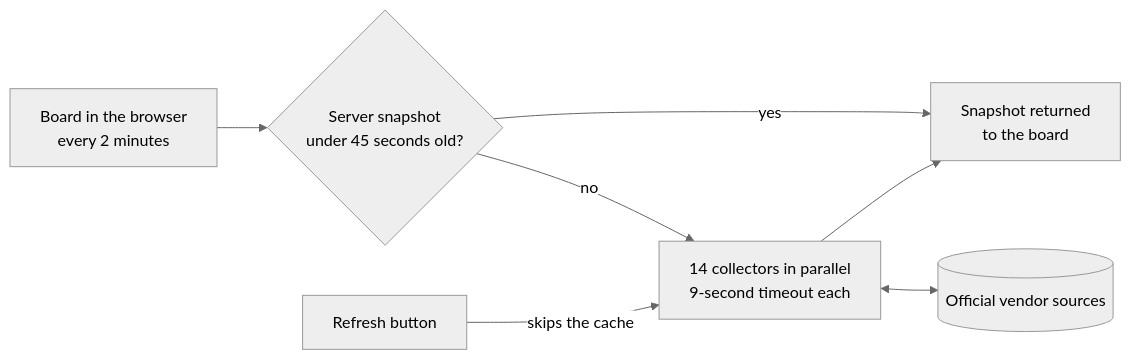
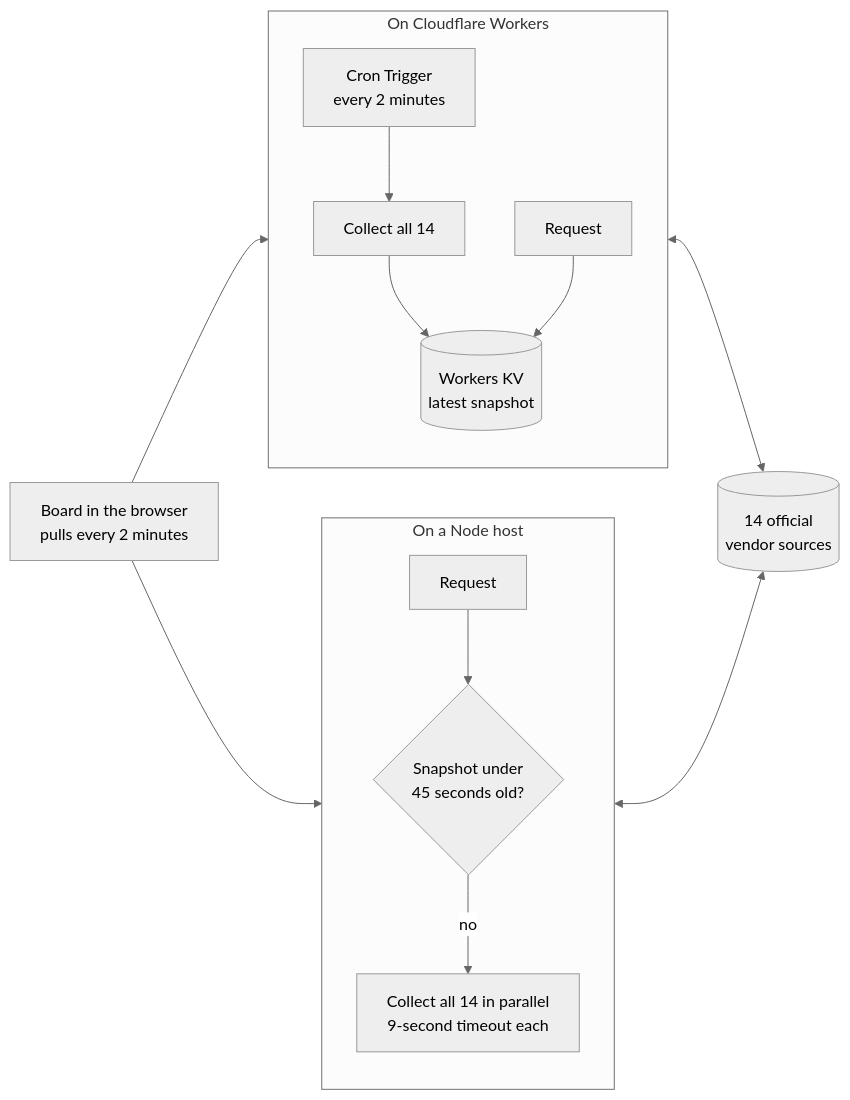
One commit to greenblacked/status-page changed the diagram in README.md. Above: the diagram before and after it, drawn with Mermaid (neutral theme). The commit also changed other lines of this file, not shown here.

````diff
--- a/README.md
+++ b/README.md
@@ -95,9 +116,23 @@
 ```mermaid
 flowchart LR
-  board["Board in the browser<br/>every 2 minutes"] --> cache{"Server snapshot<br/>under 45 seconds old?"}
-  cache -->|yes| snapshot["Snapshot returned<br/>to the board"]
-  cache -->|no| collectors["14 collectors in parallel<br/>9-second timeout each"]
-  refresh["Refresh button"] -->|skips the cache| collectors
-  collectors <--> vendors[("Official vendor sources")]
-  collectors --> snapshot
+  vendors[("14 official<br/>vendor sources")]
+  browser["Board in the browser<br/>pulls every 2 minutes"]
+
+  subgraph node ["On a Node host"]
+    direction TB
+    nreq["Request"] --> memo{"Snapshot under<br/>45 seconds old?"}
+    memo -->|no| nsweep["Collect all 14 in parallel<br/>9-second timeout each"]
+  end
+
+  subgraph workers ["On Cloudflare Workers"]
+    direction TB
+    cron["Cron Trigger<br/>every 2 minutes"] --> wsweep["Collect all 14"]
+    wsweep --> kv[("Workers KV<br/>latest snapshot")]
+    wreq["Request"] --> kv
+  end
+
+  browser --> nreq
+  browser --> wreq
+  nsweep <--> vendors
+  wsweep <--> vendors
 ```
````
